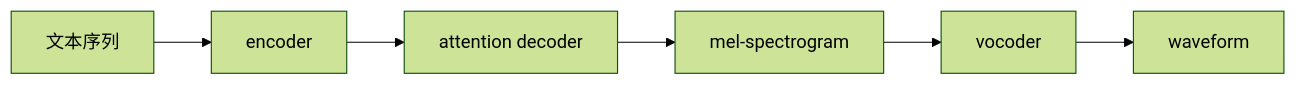
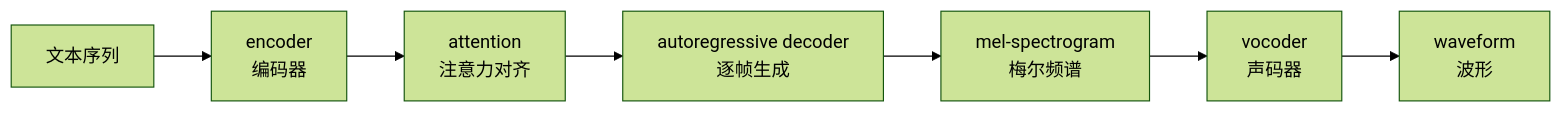
One commit to dugenkui03/OmniVoice changed the third of 3 diagrams in books/chapter08_声学模型.md. Above: the diagram before and after it, drawn with Mermaid (forest theme). The commit also changed other lines of this file and 29 other files, not shown here.

Commit message:
Refine OmniVoice TTS learning book and add chapter diagrams

````diff
--- a/books/chapter08_声学模型.md
+++ b/books/chapter08_声学模型.md
@@ -29,8 +230,9 @@
 ```mermaid
 flowchart LR
-    A["文本序列"] --> B["encoder"]
-    B --> C["attention decoder"]
-    C --> D["mel-spectrogram"]
-    D --> E["vocoder"]
-    E --> F["waveform"]
+    A["文本序列"] --> B["encoder<br/>编码器"]
+    B --> C["attention<br/>注意力对齐"]
+    C --> D["autoregressive decoder<br/>逐帧生成"]
+    D --> E["mel-spectrogram<br/>梅尔频谱"]
+    E --> F["vocoder<br/>声码器"]
+    F --> G["waveform<br/>波形"]
 ```
````
